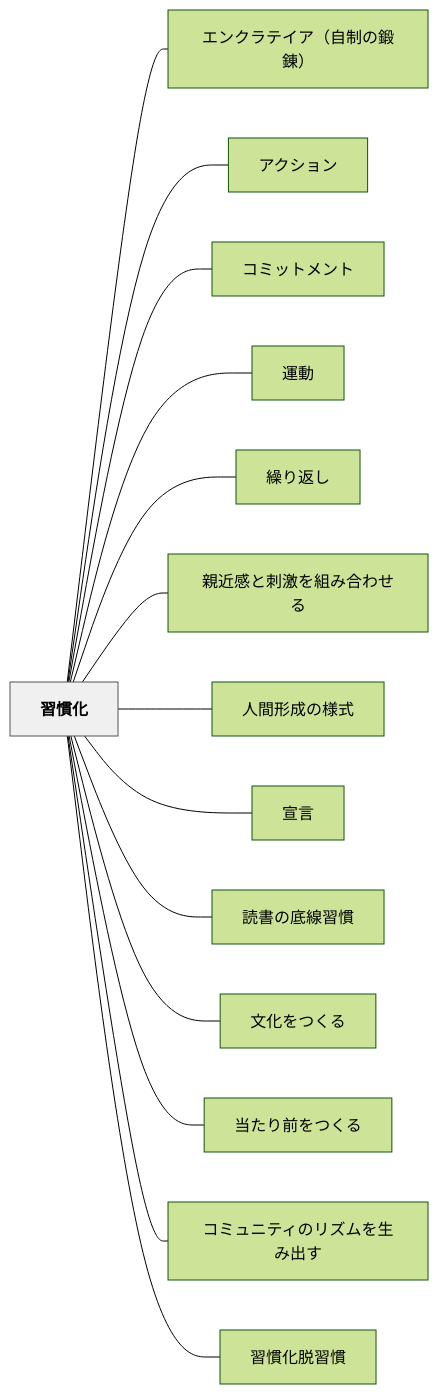
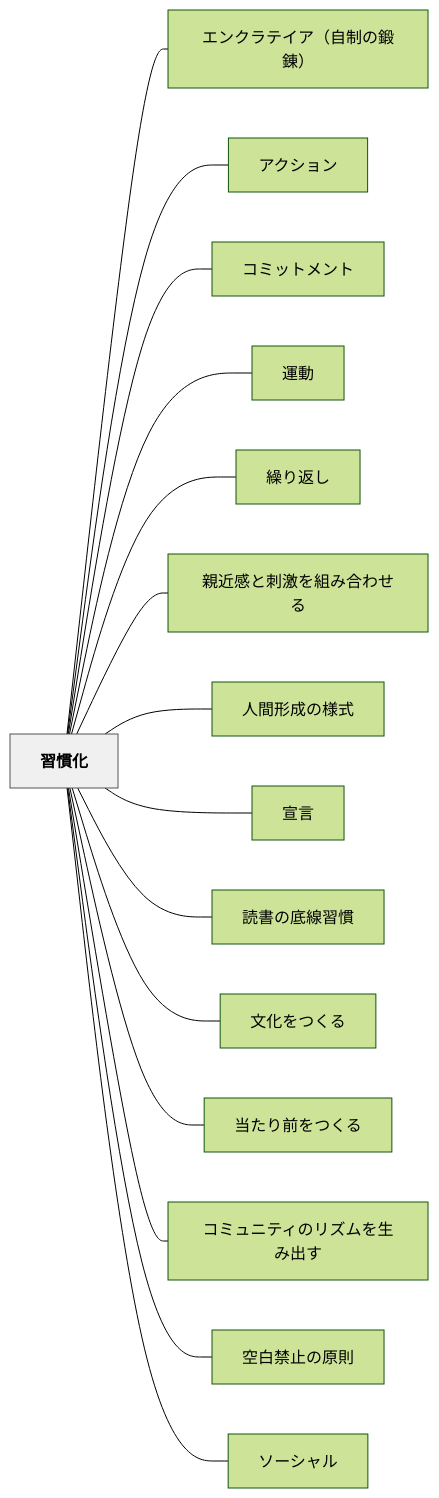
One commit to unknownthings-ed-patterns/unknownthings-ed-patterns changed the diagram in content/パタン/習慣化.md. Above: the diagram before and after it, drawn with Mermaid (forest theme). The commit also changed other lines of this file and 23 other files, not shown here.

````diff
--- a/content/パタン/習慣化.md
+++ b/content/パタン/習慣化.md
@@ -68,34 +100,36 @@
 ```mermaid
 flowchart LR
     ne7bf92e685a3e58c96["習慣化"]
     ne382a8e383b3e382afe383a9e38386e382a4e382a2efbc88e887aae588b6e381aee98d9be98cacefbc89["エンクラテイア（自制の鍛錬）"]
     ne382a2e382afe382b7e383a7e383b3["アクション"]
     ne382b3e3839fe38383e38388e383a1e383b3e38388["コミットメント"]
     ne9818be58b95["運動"]
     ne7b9b0e3828ae8bf94e38197["繰り返し"]
     ne8a6aae8bf91e6849fe381a8e588bae6bf80e38292e7b584e381bfe59088e3828fe3819be3828b["親近感と刺激を組み合わせる"]
     ne4babae99693e5bda2e68890e381aee6a798e5bc8f["人間形成の様式"]
     ne5aea3e8a880["宣言"]
     ne8aaade69bb8e381aee5ba95e7b79ae7bf92e685a3["読書の底線習慣"]
     ne69687e58c96e38292e381a4e3818fe3828b["文化をつくる"]
     ne5bd93e3819fe3828ae5898de38292e381a4e3818fe3828b["当たり前をつくる"]
     ne382b3e3839fe383a5e3838be38386e382a3e381aee383aae382bae383a0e38292e7949fe381bfe587bae38199["コミュニティのリズムを生み出す"]
-    ne7bf92e685a3e58c96e884b1e7bf92e685a3["習慣化脱習慣"]
+    ne7a9bae799bde7a681e6ada2e381aee58e9fe58987["空白禁止の原則"]
+    ne382bde383bce382b7e383a3e383ab["ソーシャル"]
 
     ne7bf92e685a3e58c96 --- ne382a8e383b3e382afe383a9e38386e382a4e382a2efbc88e887aae588b6e381aee98d9be98cacefbc89
     ne7bf92e685a3e58c96 --- ne382a2e382afe382b7e383a7e383b3
     ne7bf92e685a3e58c96 --- ne382b3e3839fe38383e38388e383a1e383b3e38388
     ne7bf92e685a3e58c96 --- ne9818be58b95
     ne7bf92e685a3e58c96 --- ne7b9b0e3828ae8bf94e38197
     ne7bf92e685a3e58c96 --- ne8a6aae8bf91e6849fe381a8e588bae6bf80e38292e7b584e381bfe59088e3828fe3819be3828b
     ne7bf92e685a3e58c96 --- ne4babae99693e5bda2e68890e381aee6a798e5bc8f
     ne7bf92e685a3e58c96 --- ne5aea3e8a880
     ne7bf92e685a3e58c96 --- ne8aaade69bb8e381aee5ba95e7b79ae7bf92e685a3
     ne7bf92e685a3e58c96 --- ne69687e58c96e38292e381a4e3818fe3828b
     ne7bf92e685a3e58c96 --- ne5bd93e3819fe3828ae5898de38292e381a4e3818fe3828b
     ne7bf92e685a3e58c96 --- ne382b3e3839fe383a5e3838be38386e382a3e381aee383aae382bae383a0e38292e7949fe381bfe587bae38199
-    ne7bf92e685a3e58c96 --- ne7bf92e685a3e58c96e884b1e7bf92e685a3
+    ne7bf92e685a3e58c96 --- ne7a9bae799bde7a681e6ada2e381aee58e9fe58987
+    ne7bf92e685a3e58c96 --- ne382bde383bce382b7e383a3e383ab
 
     classDef hub fill:#f0f0f0,stroke:#555,color:#000,font-weight:bold
     class ne7bf92e685a3e58c96 hub
 ```
````
